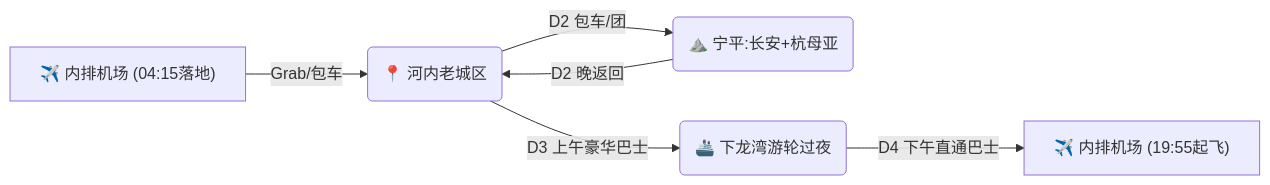
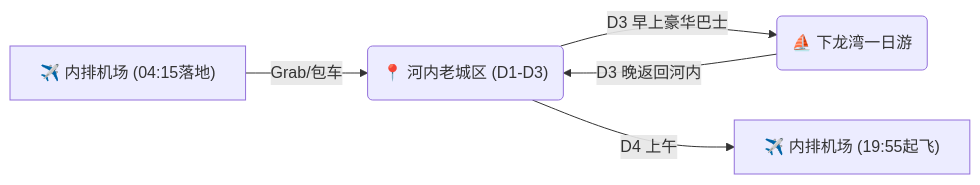
One commit to lnfdxwl/personal-site changed the diagram in data/markdown/vietnam.md. Above: the diagram before and after it, drawn with Mermaid. The commit also changed other lines of this file and 8 other files, not shown here.

```diff
--- a/data/markdown/vietnam.md
+++ b/data/markdown/vietnam.md
@@ -11,8 +14,7 @@
 <div class="mermaid">
 graph LR
-    A["✈️ 内排机场 (04:15落地)"] -->|"Grab/包车"| B("📍 河内老城区")
-    B -->|"D2 包车/团"| C("⛰️ 宁平:长安+杭母亚")
-    C -->|"D2 晚返回"| B
-    B -->|"D3 上午豪华巴士"| D("🚢 下龙湾游轮过夜")
-    D -->|"D4 下午直通巴士"| E["✈️ 内排机场 (19:55起飞)"]
+    A["✈️ 内排机场 (04:15落地)"] -->|"Grab/包车"| B("📍 河内老城区 (D1-D3)")
+    B -->|"D3 早上豪华巴士"| C("⛵ 下龙湾一日游")
+    C -->|"D3 晚返回河内"| B
+    B -->|"D4 上午"| D["✈️ 内排机场 (19:55起飞)"]
 </div>
```
